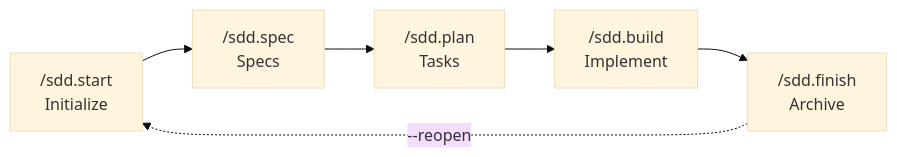
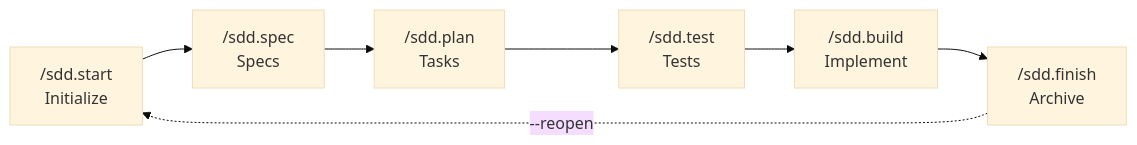
The first of 2 diagrams in framework/WORKFLOW.md (danilo-sf-dev/development-agents), drawn with Mermaid (base theme) before and after one commit. The commit also changed other lines of this file and 23 other files, not shown here.

First line of the commit message:
feat: adiciona gate tests-first (/sdd.test) entre plan e build

````diff
--- a/framework/WORKFLOW.md
+++ b/framework/WORKFLOW.md
@@ -56,8 +56,9 @@
 ```mermaid
 graph LR
     A["/sdd.start<br/>Initialize"] --> B["/sdd.spec<br/>Specs"]
     B --> C["/sdd.plan<br/>Tasks"]
-    C --> D["/sdd.build<br/>Implement"]
+    C --> T["/sdd.test<br/>Tests"]
+    T --> D["/sdd.build<br/>Implement"]
     D --> E["/sdd.finish<br/>Archive"]
     E -.->|"--reopen"| A
 ```
````
